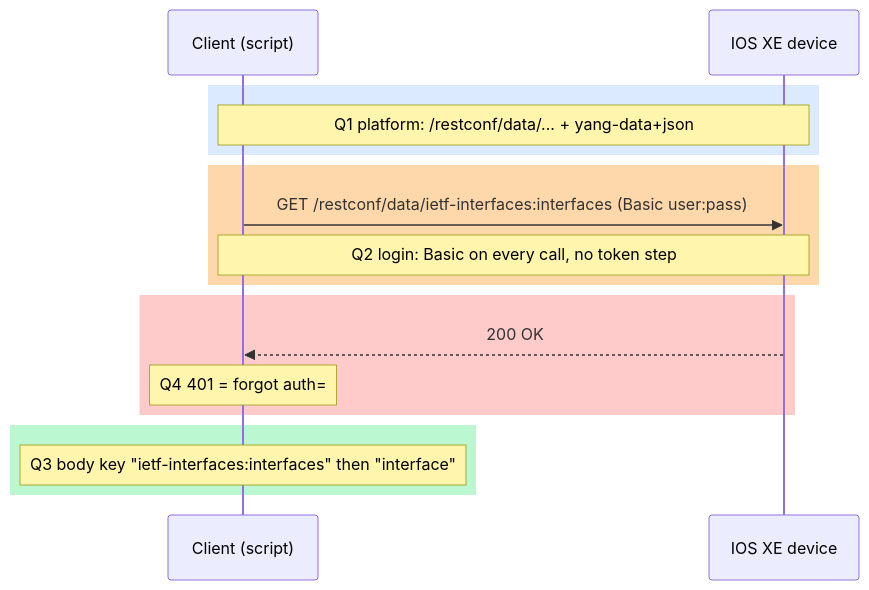
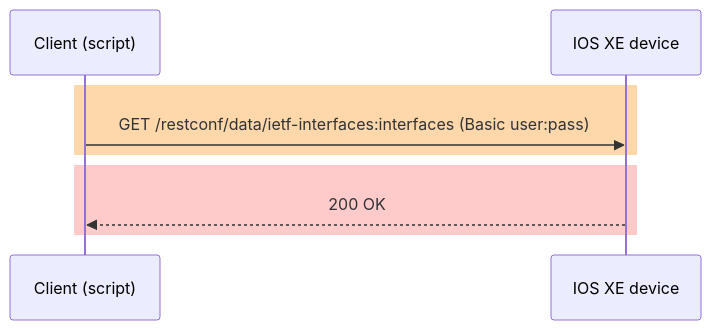
The third of 5 diagrams in bob-essentials/T51-summary-examples-rest-and-dict-parsing.md (beedydo/ccna-auto-study-notes), drawn with Mermaid before and after one commit. The commit also changed other lines of this file, not shown here.

Commit message:
T51 essentials: remove Q labels from Example 3 diagrams

````diff
--- a/bob-essentials/T51-summary-examples-rest-and-dict-parsing.md
+++ b/bob-essentials/T51-summary-examples-rest-and-dict-parsing.md
@@ -290,19 +273,11 @@
 ```mermaid
 sequenceDiagram
     participant C as Client (script)
     participant S as IOS XE device
-    rect rgb(219,234,254)
-    Note over C,S: Q1 platform: /restconf/data/... + yang-data+json
-    end
     rect rgb(254,215,170)
     C->>S: GET /restconf/data/ietf-interfaces:interfaces (Basic user:pass)
-    Note over C,S: Q2 login: Basic on every call, no token step
     end
     rect rgb(254,202,202)
     S-->>C: 200 OK
-    Note over C: Q4 401 = forgot auth=
-    end
-    rect rgb(187,247,208)
-    Note over C: Q3 body key "ietf-interfaces:interfaces" then "interface"
     end
 ```
````
